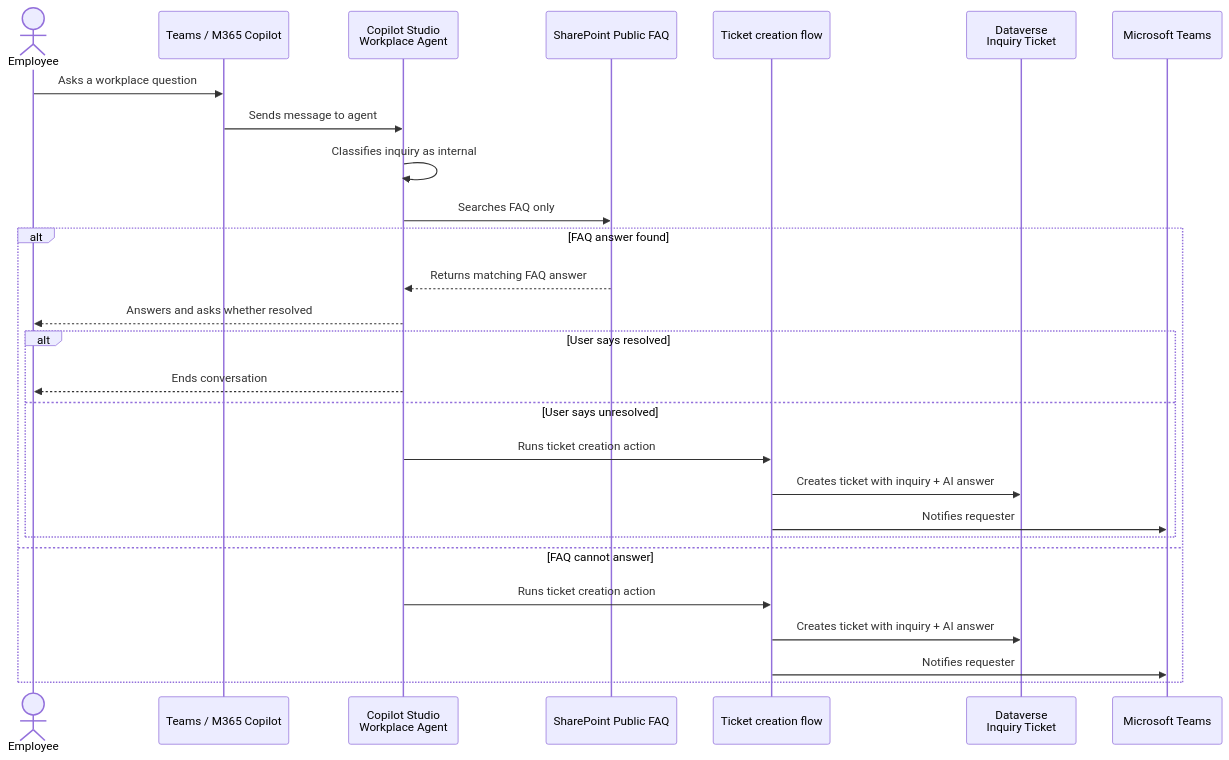
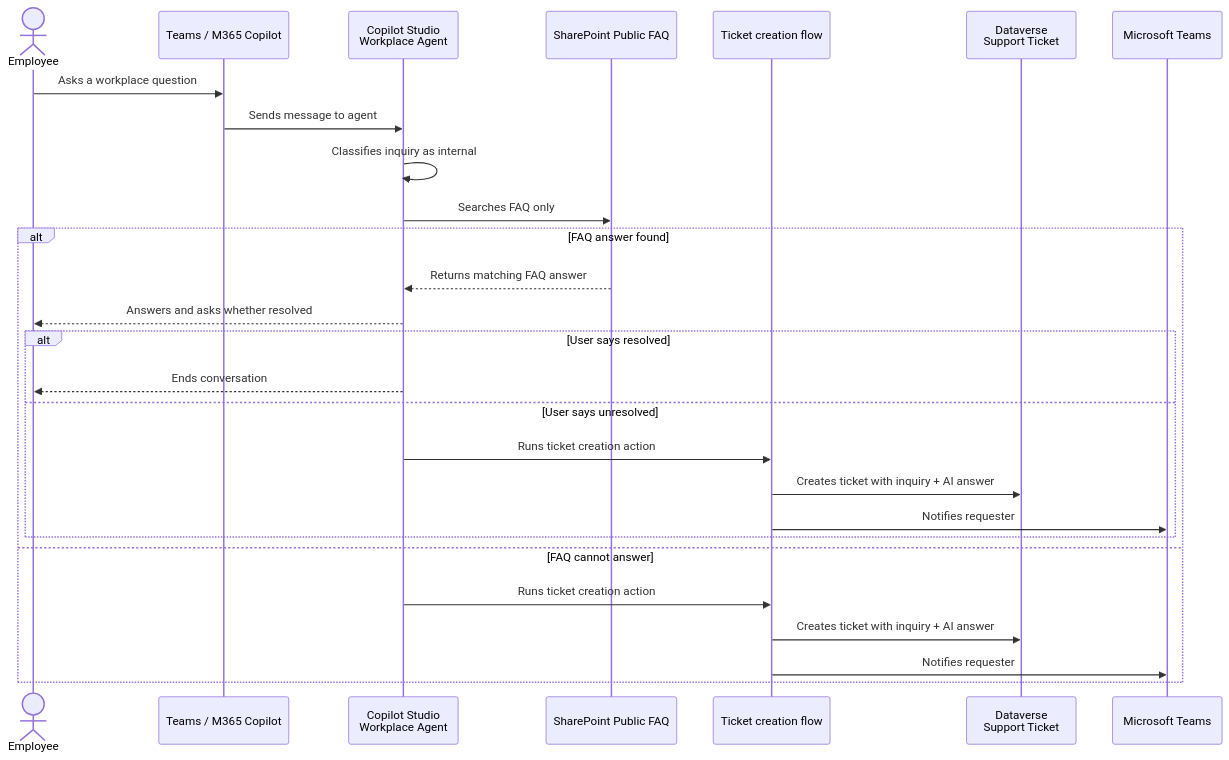
One commit to microsoft/ai-agent-runbooks changed the second of 4 diagrams in 01-scenarios/Workplace-Agent/2.Architecture.md. Above: the diagram before and after it, drawn with Mermaid. The commit also changed other lines of this file, not shown here.

````diff
--- a/01-scenarios/Workplace-Agent/2.Architecture.md
+++ b/01-scenarios/Workplace-Agent/2.Architecture.md
@@ -111,31 +111,31 @@
 ```mermaid
 sequenceDiagram
     actor Employee as Employee
     participant Channel as Teams / M365 Copilot
     participant Agent as Copilot Studio<br/>Workplace Agent
     participant FAQ as SharePoint Public FAQ
     participant Flow as Ticket creation flow
-    participant DV as Dataverse<br/>Inquiry Ticket
+    participant DV as Dataverse<br/>Support Ticket
     participant Teams as Microsoft Teams
 
     Employee->>Channel: Asks a workplace question
     Channel->>Agent: Sends message to agent
     Agent->>Agent: Classifies inquiry as internal
     Agent->>FAQ: Searches FAQ only
 
     alt FAQ answer found
         FAQ-->>Agent: Returns matching FAQ answer
         Agent-->>Employee: Answers and asks whether resolved
         alt User says resolved
             Agent-->>Employee: Ends conversation
         else User says unresolved
             Agent->>Flow: Runs ticket creation action
             Flow->>DV: Creates ticket with inquiry + AI answer
             Flow->>Teams: Notifies requester
         end
     else FAQ cannot answer
         Agent->>Flow: Runs ticket creation action
         Flow->>DV: Creates ticket with inquiry + AI answer
         Flow->>Teams: Notifies requester
     end
 ```
````
